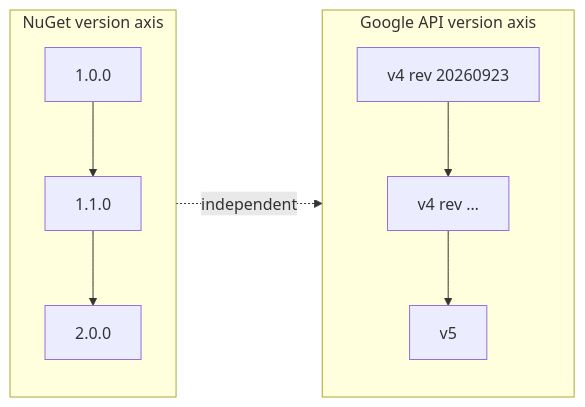
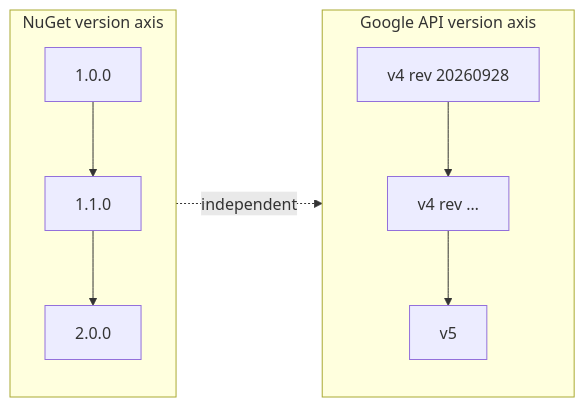
One commit to kkdev92/health-data-dotnet changed the diagram in docs/compatibility.md. Above: the diagram before and after it, drawn with Mermaid. The commit also changed 256 other files, not shown here.

````diff
--- a/docs/compatibility.md
+++ b/docs/compatibility.md
@@ -6,10 +6,10 @@
 ```mermaid
 flowchart LR
     subgraph NUGET["NuGet version axis"]
         N1["1.0.0"] --> N2["1.1.0"] --> N3["2.0.0"]
     end
     subgraph GOOGLE["Google API version axis"]
-        G1["v4 rev 20260923"] --> G2["v4 rev …"] --> G3["v5"]
+        G1["v4 rev 20260928"] --> G2["v4 rev …"] --> G3["v5"]
     end
     NUGET -.->|"independent"| GOOGLE
 ```
````
